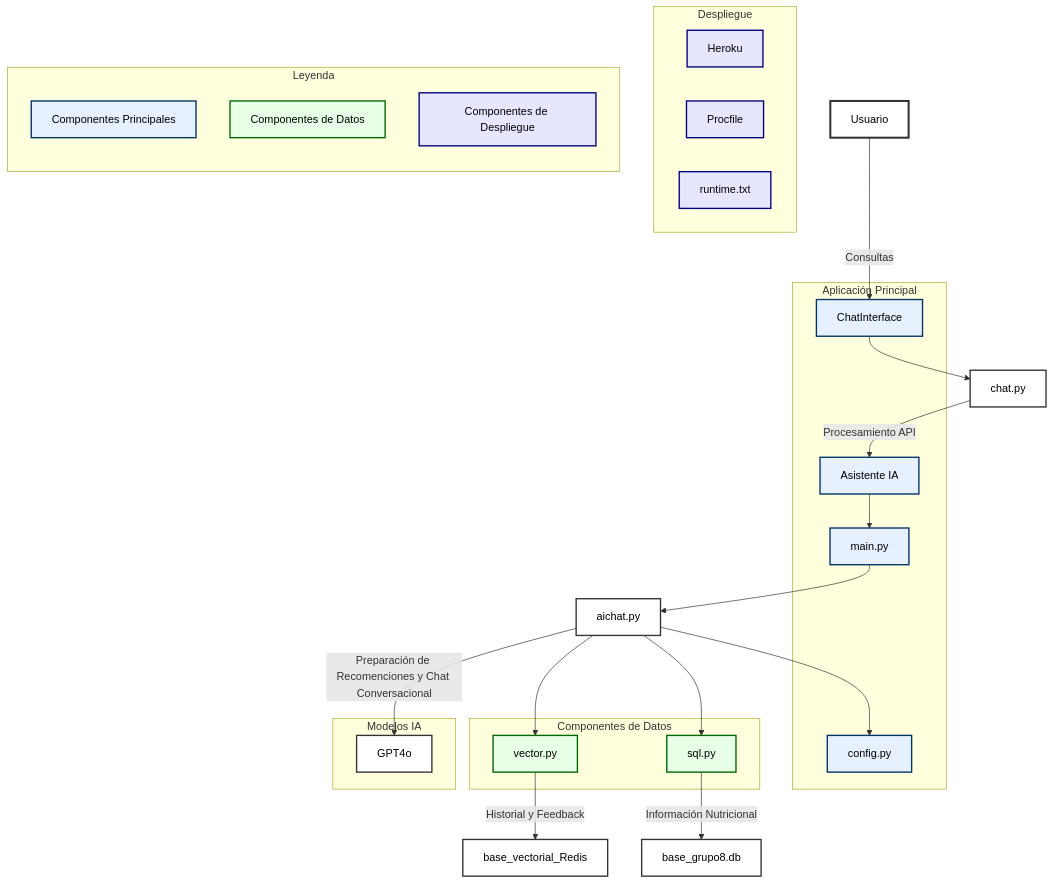
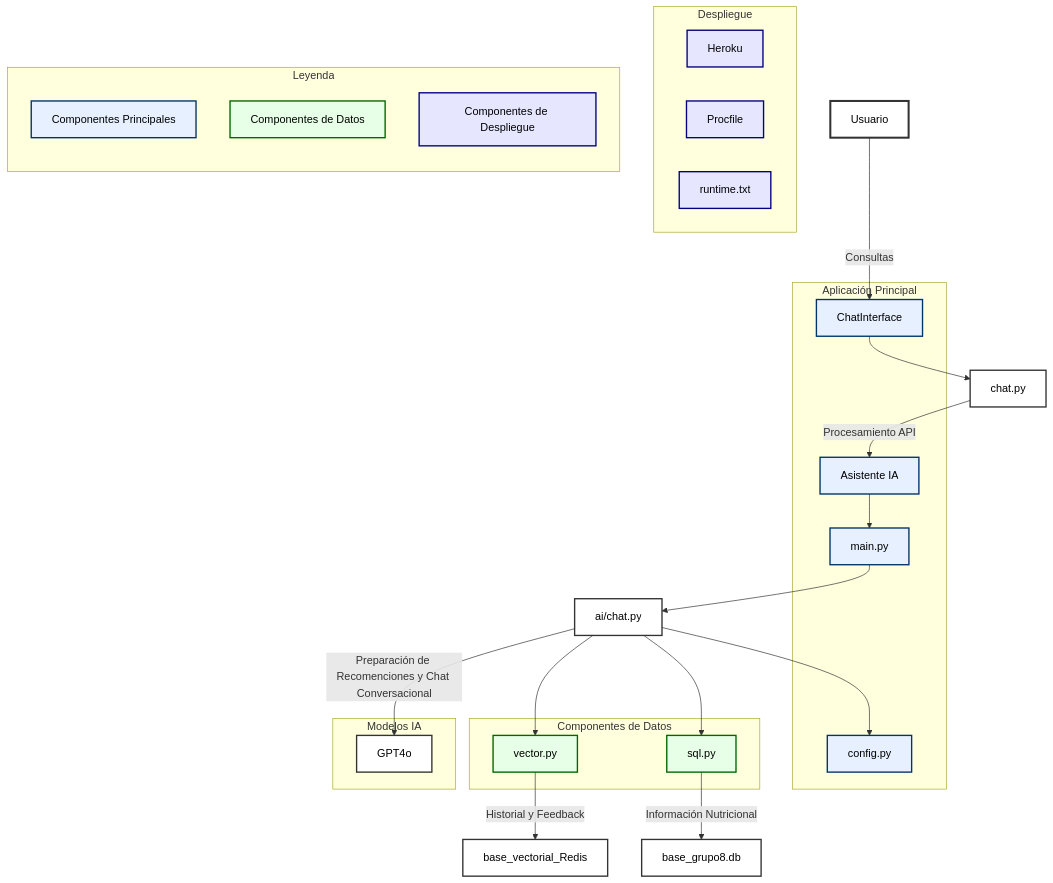
One commit to leorojascas/Grupo8 changed the diagram in architecture.md. Above: the diagram before and after it, drawn with Mermaid.

````diff
--- a/architecture.md
+++ b/architecture.md
@@ -1,68 +1,68 @@
 ```mermaid
 graph TD
     %% Nodes
     User[Usuario] -->|Consultas| ChatInterface
     ChatInterface --> ChatLogic[chat.py]
     ChatLogic[chat.py] -->|Procesamiento API| AIAssistant[Asistente IA]
     AIAssistant[Asistente IA] --> EntryPoint[main.py]
-    EntryPoint[main.py] --> AILogic[aichat.py]
-    AILogic[aichat.py] --> AppConfig[config.py]
-    AILogic[aichat.py] --> VectorProcessor[vector.py]
-    AILogic[aichat.py] --> SQLModule[sql.py]
-    AILogic[aichat.py] -->|Preparación de Recomenciones y Chat Conversacional| OpenAI[GPT4o]
+    EntryPoint[main.py] --> AILogic[ai/chat.py]
+    AILogic[ai/chat.py] --> AppConfig[config.py]
+    AILogic[ai/chat.py] --> VectorProcessor[vector.py]
+    AILogic[ai/chat.py] --> SQLModule[sql.py]
+    AILogic[ai/chat.py] -->|Preparación de Recomenciones y Chat Conversacional| OpenAI[GPT4o]
 
     %% Subgraphs
     subgraph Aplicación Principal
         ChatInterface
         AIAssistant
         EntryPoint[main.py]
         AppConfig[config.py]
     end
 
     subgraph Componentes de Datos
         SQLModule[sql.py]
         VectorProcessor[vector.py]
     end
 
     subgraph Modelos IA
         OpenAI[GPT4o]
     end
 
     %% Database Details
     SQLModule[sql.py] -->|Información Nutricional| Config[base_grupo8.db]
     VectorProcessor[vector.py] -->|Historial y Feedback| Confíg[base_vectorial_Redis]
 
 
     %% Deployment
     subgraph Despliegue
         Heroku[Heroku]
         Procfile[Procfile]
         Runtime[runtime.txt]
     end
 
     %% Styling
     classDef default fill:#ffffff,stroke:#333333,stroke-width:2px,color:#000000
     classDef primary fill:#e6f0ff,stroke:#003366,stroke-width:2px,color:#000000
     classDef data fill:#e6ffe6,stroke:#006600,stroke-width:2px,color:#000000
     classDef deployment fill:#e6e6ff,stroke:#000080,stroke-width:2px,color:#000000
     classDef model fill:#fff0e6,stroke:#cc6600,stroke-width:2px,color:#000000
 
     class User,ChatInterface,AIAssistant,EntryPoint,AppConfig primary
     class SQLModule,VectorProcessor data
     class Heroku,Procfile,Runtime deployment
 
     %% Legend
     subgraph Leyenda
         direction TB
         Primary[Componentes Principales]
         Data[Componentes de Datos]
         Deployment[Componentes de Despliegue]
     end
 
     class Primary primary
     class Data data
     class Deployment deployment
 
     %% Connections
     style User fill:#ffffff,stroke:#333333,stroke-width:3px,color:#000000
 ```
````
